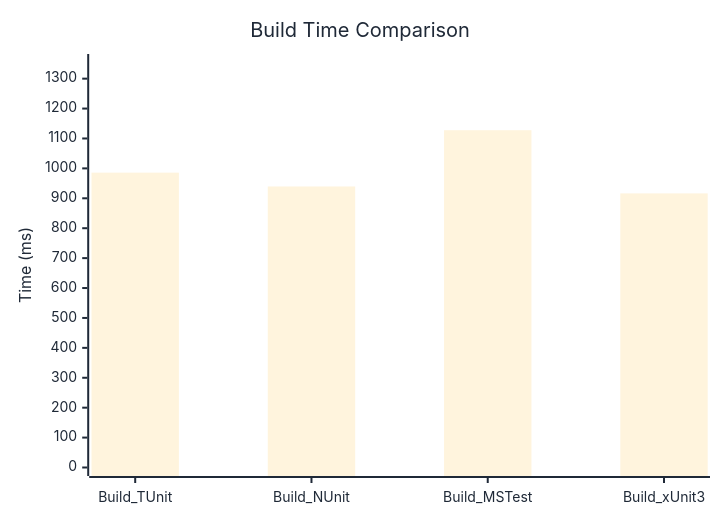
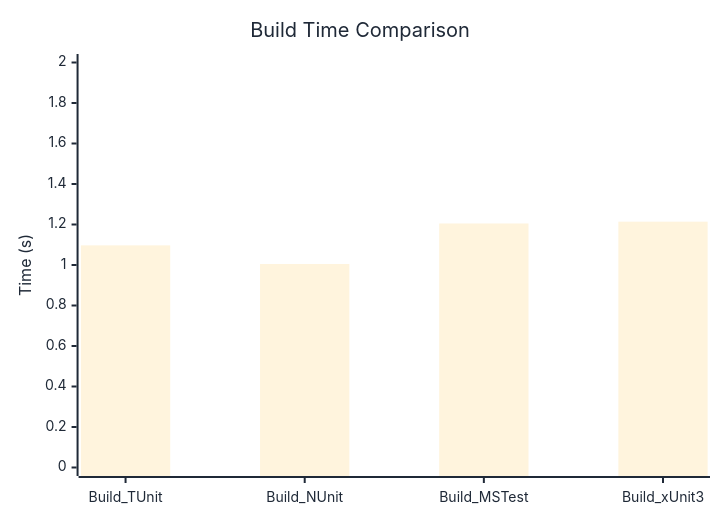
One commit to thomhurst/TUnit changed the diagram in docs/docs/benchmarks/engine/BuildTime.md. Above: the diagram before and after it, drawn with Mermaid. The commit also changed other lines of this file and 18 other files, not shown here.

````diff
--- a/docs/docs/benchmarks/engine/BuildTime.md
+++ b/docs/docs/benchmarks/engine/BuildTime.md
@@ -30,37 +30,37 @@
 ```mermaid
 %%{init: {
   'theme':'base',
   'themeVariables': {
     'primaryColor': '#2563eb',
     'primaryTextColor': '#1f2937',
     'primaryBorderColor': '#1e40af',
     'lineColor': '#6b7280',
     'secondaryColor': '#7c3aed',
     'tertiaryColor': '#dc2626',
     'background': '#ffffff',
     'mainBkg': '#2563eb',
     'secondBkg': '#7c3aed',
     'tertiaryBkg': '#dc2626',
     'clusterBkg': '#f3f4f6',
     'edgeLabelBackground': '#ffffff',
     'tertiaryTextColor': '#1f2937',
     'pie1': '#2563eb',
     'pie2': '#7c3aed',
     'pie3': '#dc2626',
     'pie4': '#f59e0b',
     'pie5': '#10b981',
     'pie6': '#06b6d4',
     'pie7': '#ec4899',
     'pie8': '#6366f1',
     'pie9': '#84cc16',
     'pie10': '#f97316',
     'pie11': '#14b8a6',
     'pie12': '#a855f7'
   }
 }}%%
 xychart-beta
   title "Build Time Comparison"
   x-axis ["Build_TUnit", "Build_NUnit", "Build_MSTest", "Build_xUnit3"]
-  y-axis "Time (ms)" 0 --> 1354
-  bar [985.8, 939.5, 1127.6, 916.4]
+  y-axis "Time (s)" 0 --> 2
+  bar [1.097, 1.005, 1.205, 1.214]
 ```
````
